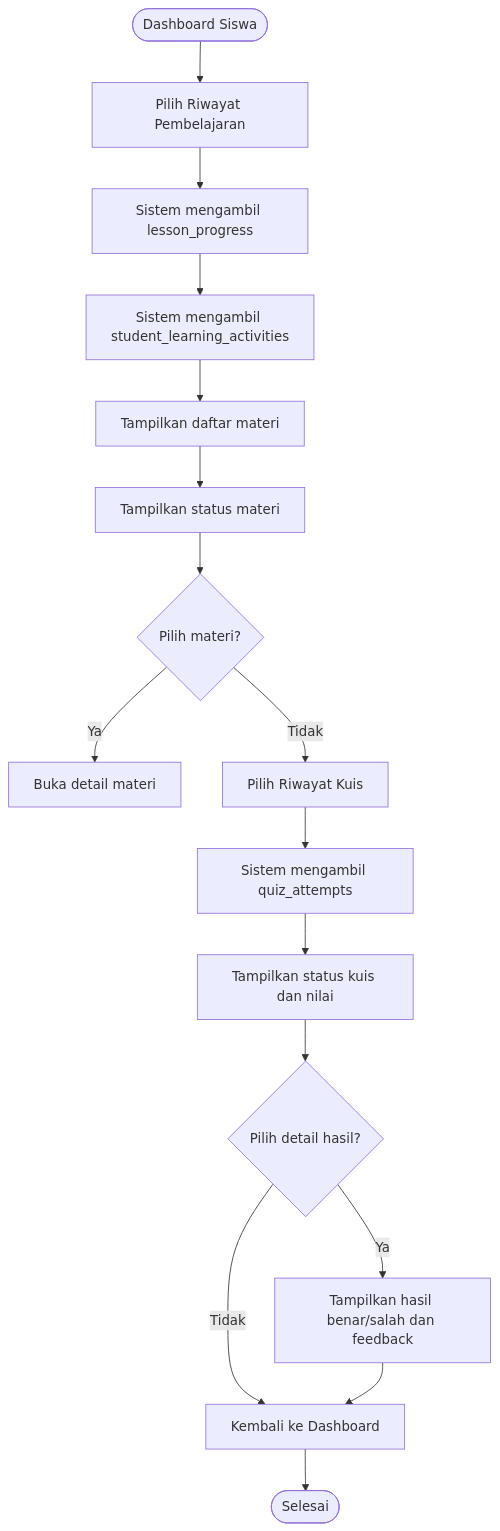
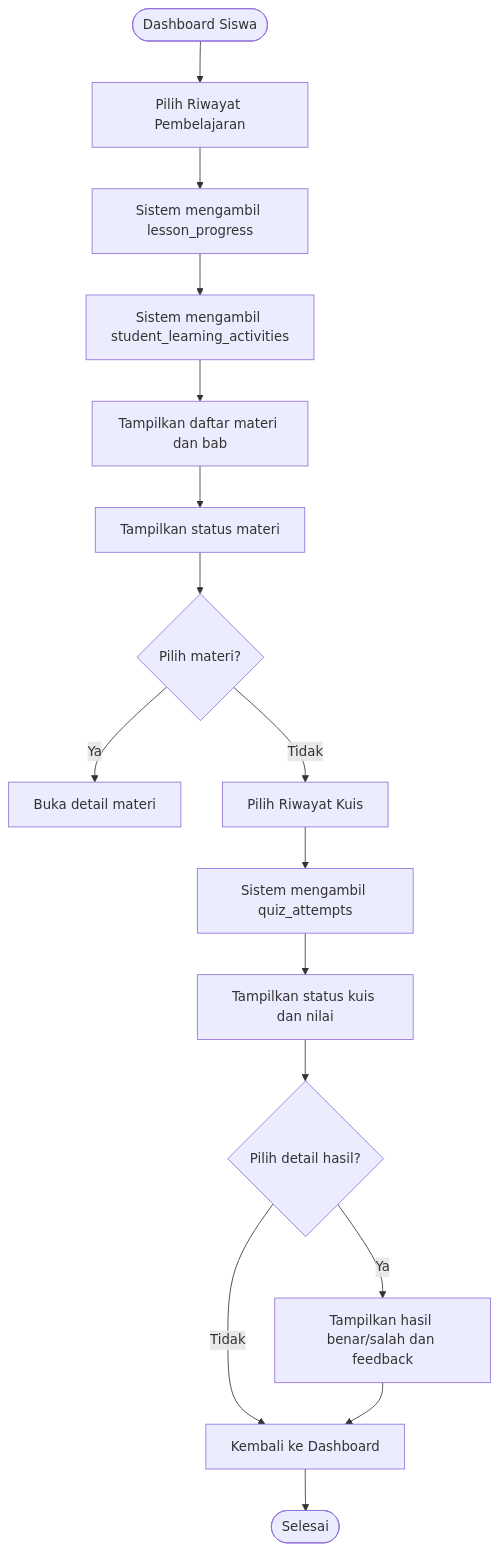
One commit to yopihendriansah90/weblmsgeo changed the fourth of 6 diagrams in prd2.MD. Above: the diagram before and after it, drawn with Mermaid. The commit also changed other lines of this file and 61 other files, not shown here.

````diff
--- a/prd2.MD
+++ b/prd2.MD
@@ -1661,18 +1649,18 @@
 ```mermaid
 flowchart TD
     A([Dashboard Siswa]) --> B[Pilih Riwayat Pembelajaran]
     B --> C[Sistem mengambil lesson_progress]
     C --> D[Sistem mengambil student_learning_activities]
-    D --> E[Tampilkan daftar materi]
+    D --> E[Tampilkan daftar materi dan bab]
     E --> F[Tampilkan status materi]
     F --> G{Pilih materi?}
     G -- Ya --> H[Buka detail materi]
     G -- Tidak --> I[Pilih Riwayat Kuis]
     I --> J[Sistem mengambil quiz_attempts]
     J --> K[Tampilkan status kuis dan nilai]
     K --> L{Pilih detail hasil?}
     L -- Ya --> M[Tampilkan hasil benar/salah dan feedback]
     L -- Tidak --> N[Kembali ke Dashboard]
     M --> N
     N --> O([Selesai])
 ```
````
